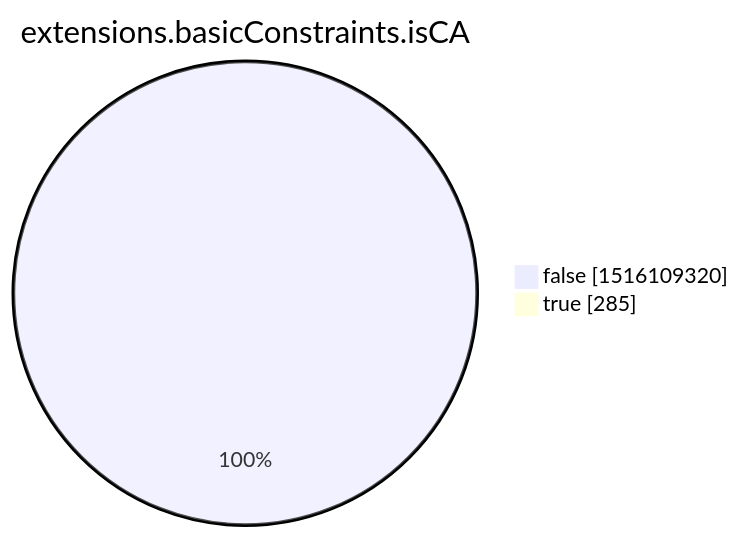
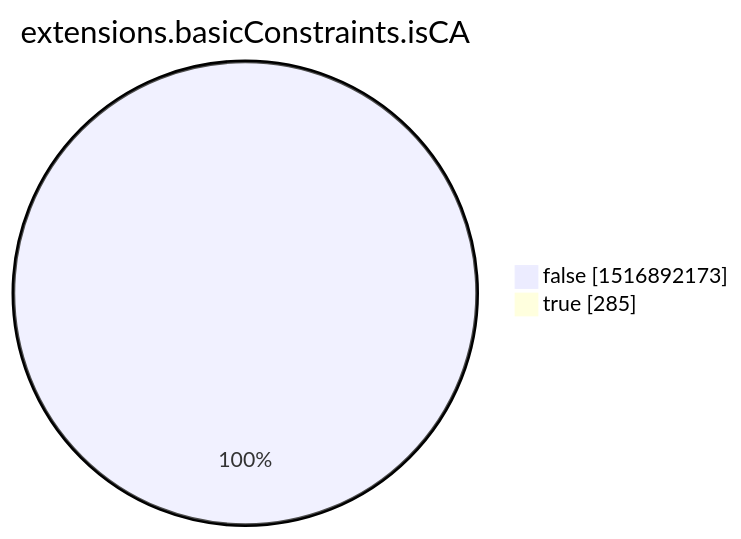
The eighth of 15 diagrams in xenon2022/README.md (christiankrug/ctmonitor_visualization), drawn with Mermaid before and after one commit. The commit also changed other lines of this file, not shown here.

````diff
--- a/xenon2022/README.md
+++ b/xenon2022/README.md
@@ -2854,6 +2855,6 @@
 ```mermaid
 pie showData
 title extensions.basicConstraints.isCA
-"false" :1516109320
+"false" :1516892173
 "true" :285
 ```
````
